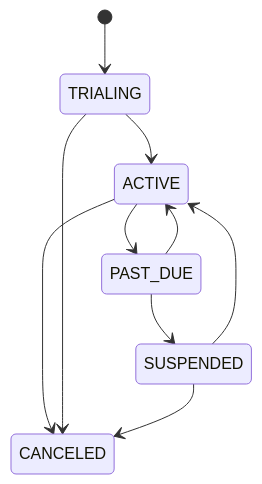
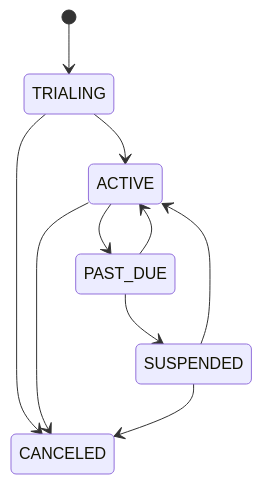
The second of 5 diagrams in docs/domain/billing.md (D-engahmed/OMILINKS), drawn with Mermaid before and after one commit. The commit also changed other lines of this file and 1 other file, not shown here.

```diff
--- a/docs/domain/billing.md
+++ b/docs/domain/billing.md
@@ -37,12 +58,12 @@
 ~~~mermaid
 stateDiagram-v2
     [*] --> TRIALING
     TRIALING --> ACTIVE
+    TRIALING --> CANCELED
     ACTIVE --> PAST_DUE
     PAST_DUE --> ACTIVE
     PAST_DUE --> SUSPENDED
     ACTIVE --> CANCELED
-    TRIALING --> CANCELED
     SUSPENDED --> ACTIVE
     SUSPENDED --> CANCELED
 ~~~
```
